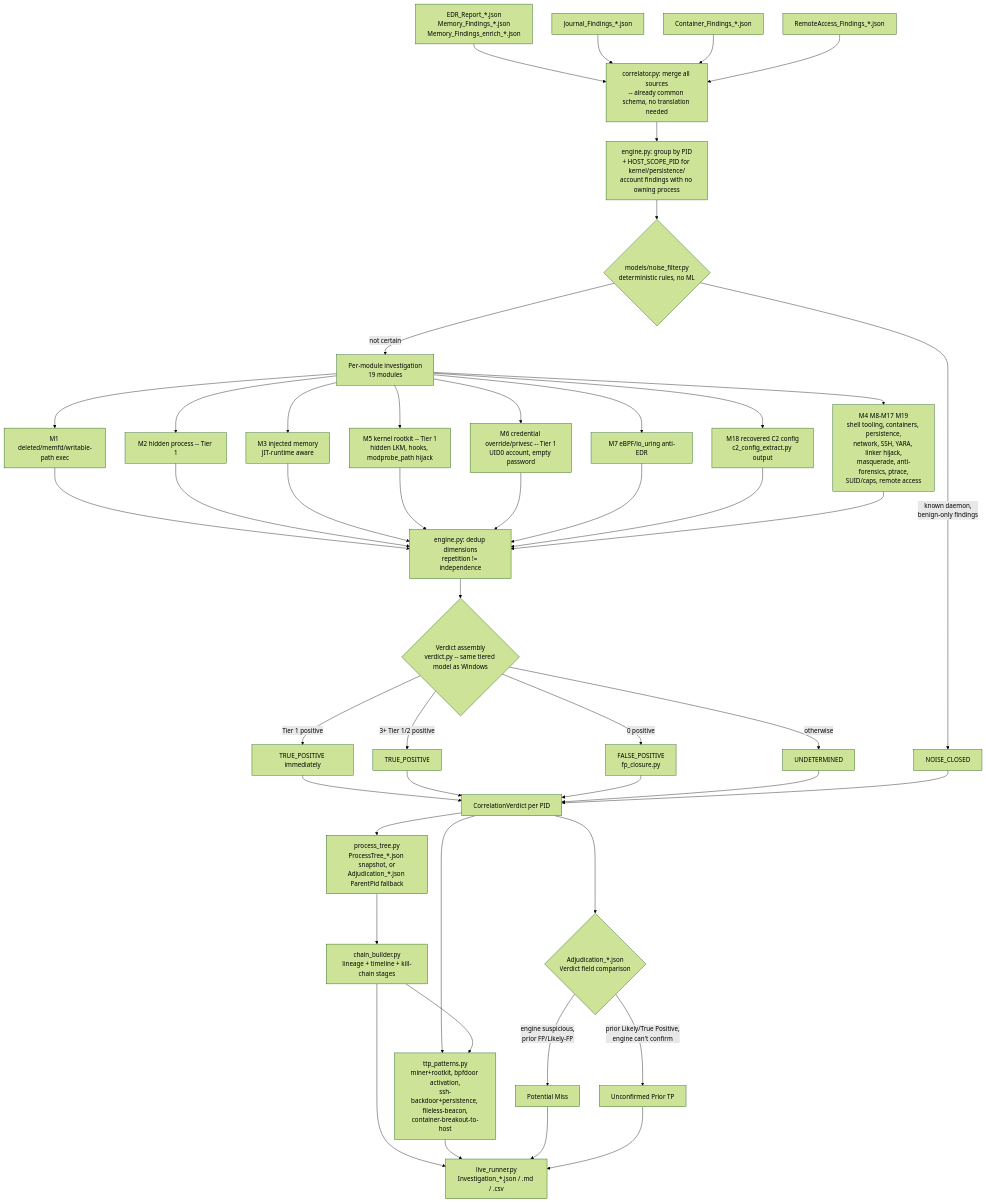
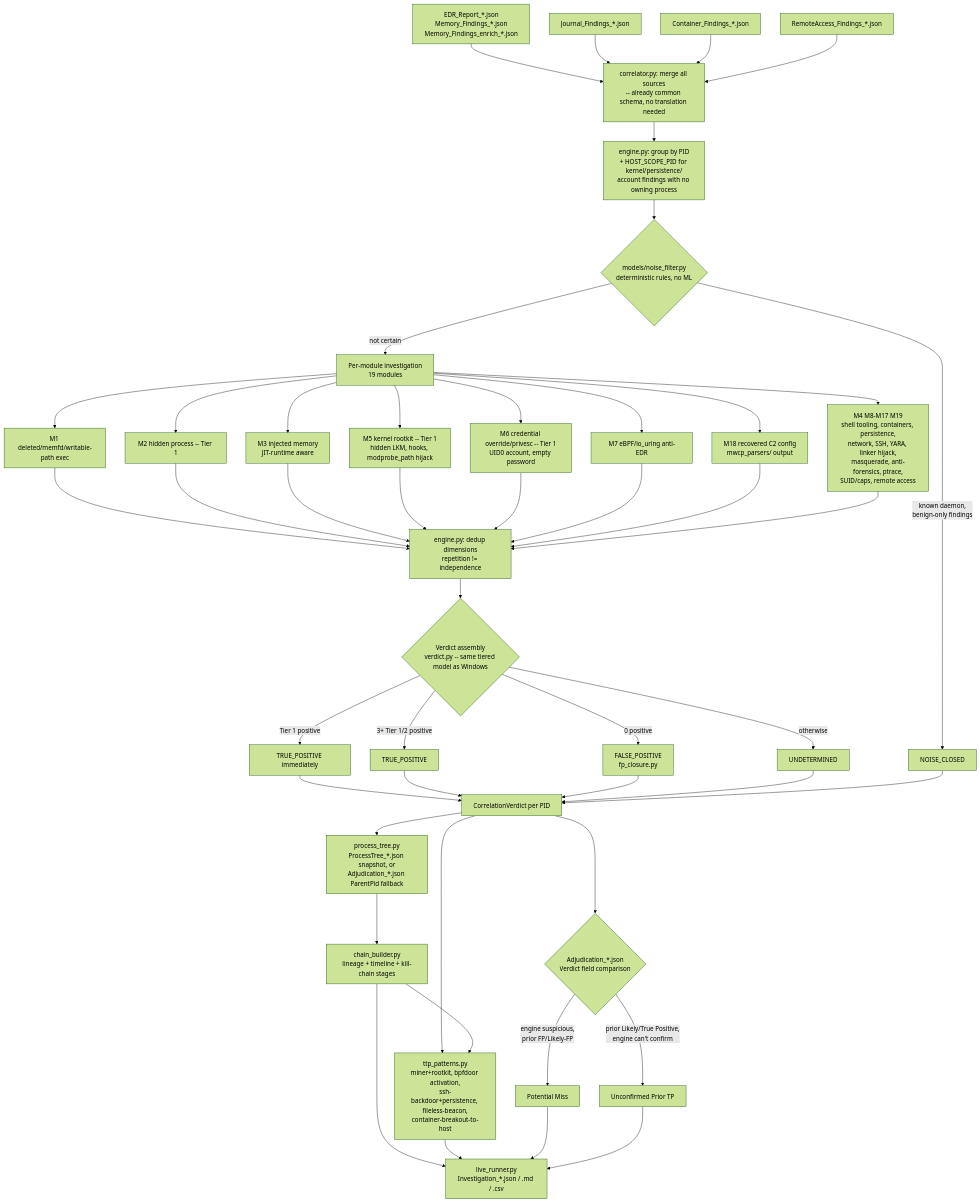
One commit to robert-iw3/ir_toolkit changed the diagram in playbooks/linux/investigation/README.md. Above: the diagram before and after it, drawn with Mermaid (forest theme). The commit also changed other lines of this file and 148 other files, not shown here.

Commit message:
linux mwcp parsers

````diff
--- a/playbooks/linux/investigation/README.md
+++ b/playbooks/linux/investigation/README.md
@@ -46,43 +46,43 @@
 ```mermaid
 flowchart TD
     A[EDR_Report_*.json<br/>Memory_Findings_*.json<br/>Memory_Findings_enrich_*.json] --> COR
     J[Journal_Findings_*.json] --> COR
     CN[Container_Findings_*.json] --> COR
     RA[RemoteAccess_Findings_*.json] --> COR
 
     COR[correlator.py: merge all sources<br/>-- already common schema, no translation needed] --> G
 
     G[engine.py: group by PID<br/>+ HOST_SCOPE_PID for kernel/persistence/<br/>account findings with no owning process]
     G --> NF{models/noise_filter.py<br/>deterministic rules, no ML}
     NF -->|known daemon,<br/>benign-only findings| NC[NOISE_CLOSED]
     NF -->|not certain| MODS[Per-module investigation<br/>19 modules]
 
     MODS --> M1[M1 deleted/memfd/writable-path exec]
     MODS --> M2[M2 hidden process -- Tier 1]
     MODS --> M3[M3 injected memory<br/>JIT-runtime aware]
     MODS --> M5[M5 kernel rootkit -- Tier 1<br/>hidden LKM, hooks, modprobe_path hijack]
     MODS --> M6[M6 credential override/privesc -- Tier 1<br/>UID0 account, empty password]
     MODS --> M7[M7 eBPF/io_uring anti-EDR]
-    MODS --> M18[M18 recovered C2 config<br/>c2_config_extract.py output]
+    MODS --> M18[M18 recovered C2 config<br/>mwcp_parsers/ output]
     MODS --> Mx[M4 M8-M17 M19<br/>shell tooling, containers, persistence,<br/>network, SSH, YARA, linker hijack,<br/>masquerade, anti-forensics, ptrace,<br/>SUID/caps, remote access]
 
     M1 & M2 & M3 & M5 & M6 & M7 & M18 & Mx --> DD[engine.py: dedup dimensions<br/>repetition != independence]
     DD --> VA{Verdict assembly<br/>verdict.py -- same tiered model as Windows}
     VA -->|Tier 1 positive| TP1[TRUE_POSITIVE immediately]
     VA -->|3+ Tier 1/2 positive| TP2[TRUE_POSITIVE]
     VA -->|0 positive| FP[FALSE_POSITIVE<br/>fp_closure.py]
     VA -->|otherwise| UN[UNDETERMINED]
 
     TP1 & TP2 & FP & UN & NC --> CV[CorrelationVerdict per PID]
 
     CV --> PT[process_tree.py<br/>ProcessTree_*.json snapshot, or<br/>Adjudication_*.json ParentPid fallback]
     PT --> CB[chain_builder.py<br/>lineage + timeline + kill-chain stages]
     CV --> TTP[ttp_patterns.py<br/>miner+rootkit, bpfdoor activation,<br/>ssh-backdoor+persistence, fileless-beacon,<br/>container-breakout-to-host]
     CB --> TTP
 
     CV --> PRIOR{Adjudication_*.json<br/>Verdict field comparison}
     PRIOR -->|engine suspicious,<br/>prior FP/Likely-FP| MISS[Potential Miss]
     PRIOR -->|prior Likely/True Positive,<br/>engine can't confirm| UNCONF[Unconfirmed Prior TP]
 
     CB & TTP & MISS & UNCONF --> OUT[live_runner.py<br/>Investigation_*.json / .md / .csv]
 ```
````
